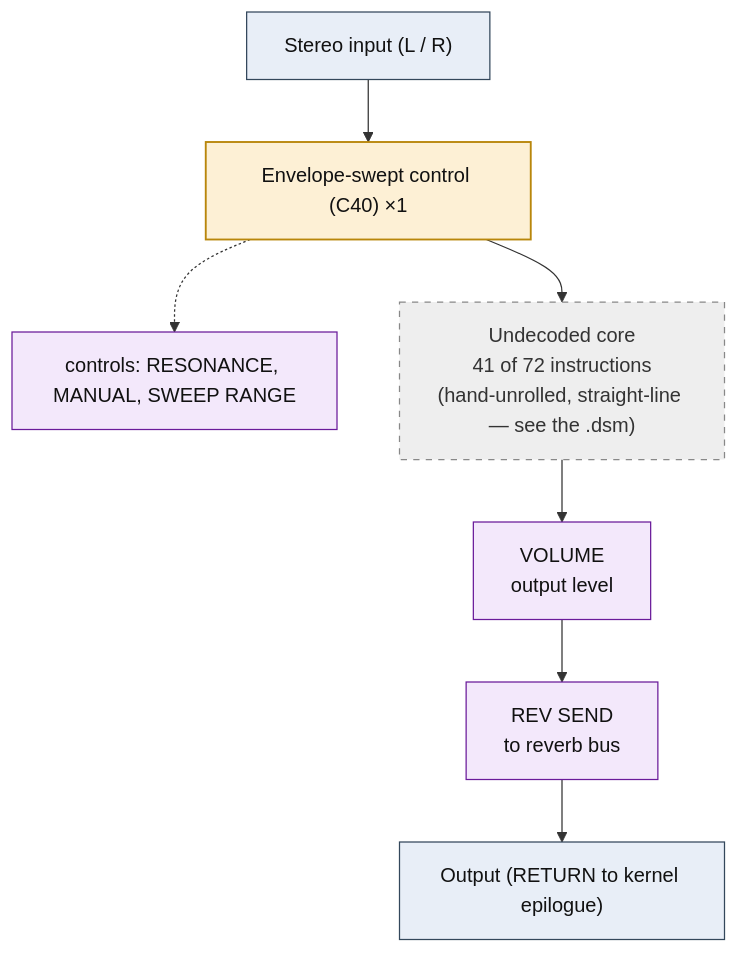
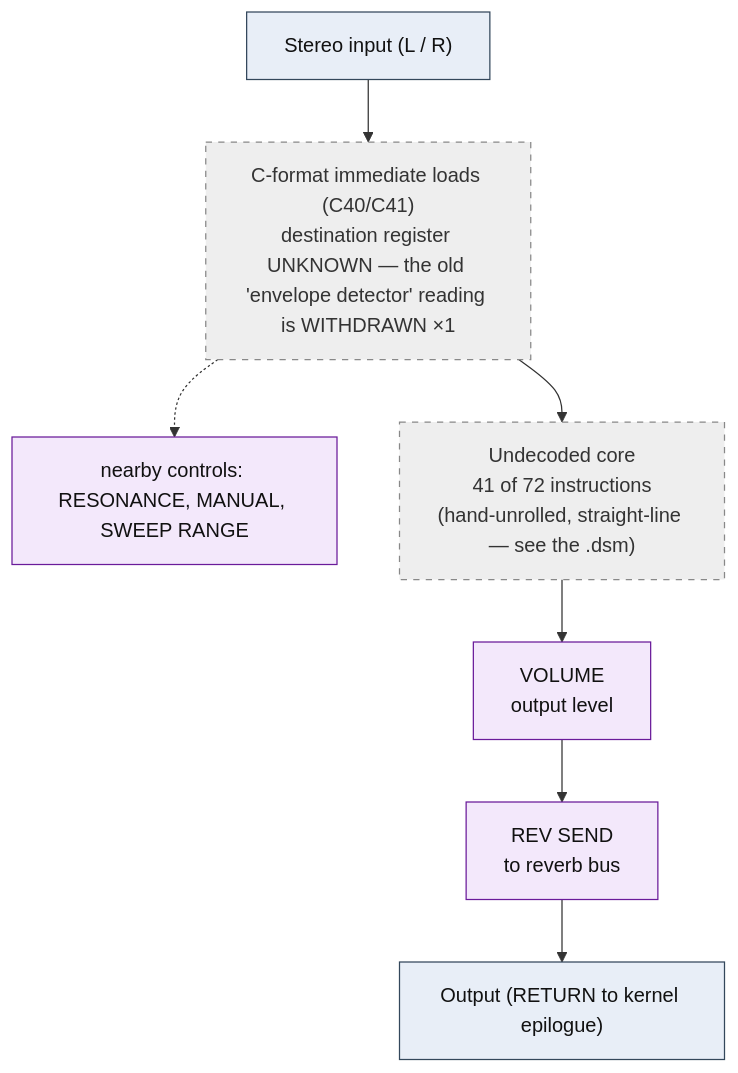
One commit to ArqueologiaDigital/kn5000-roms-disasm changed the diagram in dsp/flowcharts/prog52_auto_wah.md. Above: the diagram before and after it, drawn with Mermaid. The commit also changed other lines of this file and 86 other files, not shown here.

````diff
--- a/dsp/flowcharts/prog52_auto_wah.md
+++ b/dsp/flowcharts/prog52_auto_wah.md
@@ -12,27 +12,26 @@
 ```mermaid
 flowchart TD
     N0["Stereo input (L / R)"]
-    N1["Envelope-swept control (C40) &times;1"]
+    N1["C-format immediate loads (C40/C41)<br/>destination register UNKNOWN &mdash; the old 'envelope detector' reading is WITHDRAWN &times;1"]
     N0 --> N1
-    N2["controls: RESONANCE, MANUAL, SWEEP RANGE"]
+    N2["nearby controls: RESONANCE, MANUAL, SWEEP RANGE"]
     N1 -.-> N2
     N3["Undecoded core<br/>41 of 72 instructions<br/>(hand-unrolled, straight-line &mdash; see the .dsm)"]
     N1 --> N3
     N4["VOLUME<br/>output level"]
     N3 --> N4
     N5["REV SEND<br/>to reverb bus"]
     N4 --> N5
     N6["Output (RETURN to kernel epilogue)"]
     N5 --> N6
 
     classDef io fill:#e8eef7,stroke:#33475b,stroke-width:1px,color:#111;
     classDef proven fill:#d7f0d7,stroke:#2e7d32,stroke-width:2px,color:#111;
     classDef measured fill:#dbe9fb,stroke:#1565c0,stroke-width:1.5px,color:#111;
     classDef inferred fill:#fdf0d5,stroke:#b8860b,stroke-width:1.5px,color:#111;
     classDef open fill:#eeeeee,stroke:#888,stroke-width:1px,color:#333,stroke-dasharray:5 5;
     classDef ctrl fill:#f3e8fb,stroke:#6a1b9a,stroke-width:1px,color:#111;
     class N0,N6 io;
-    class N1 inferred;
+    class N1,N3 open;
     class N2,N4,N5 ctrl;
-    class N3 open;
 ```
````
